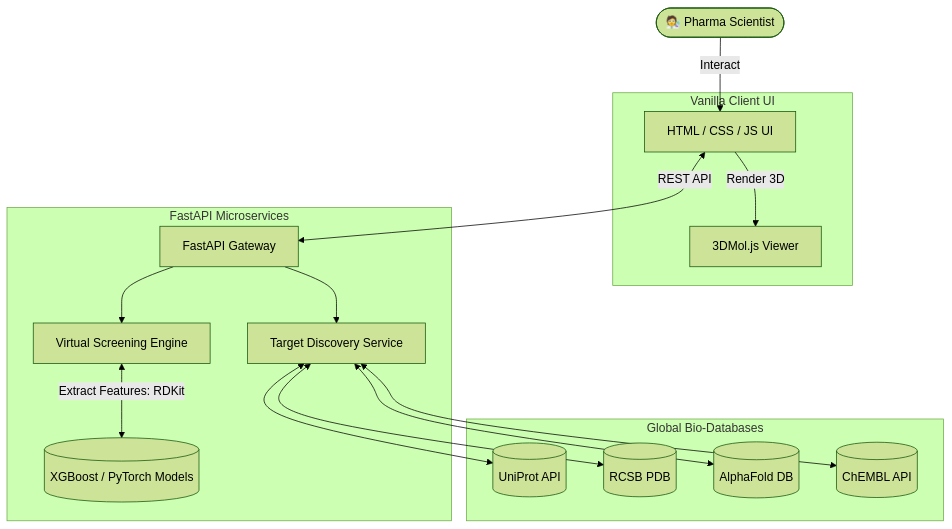
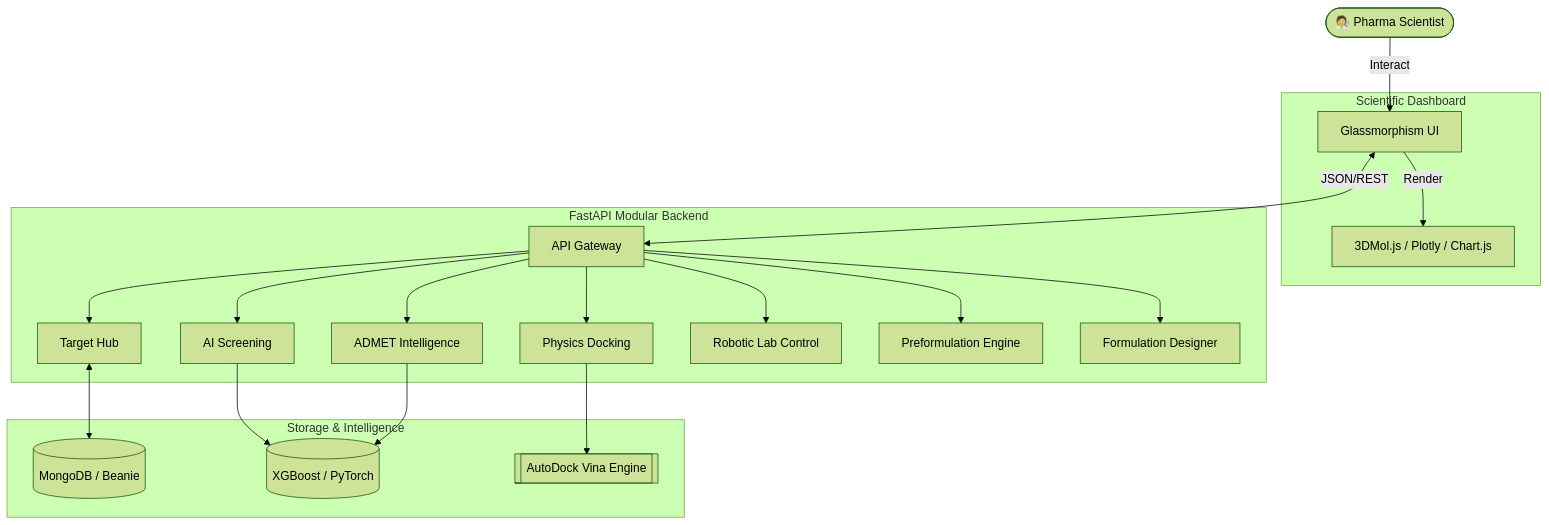
Before and after one commit to RaJM2004/BiologicsDiscoveryPlatfrom: the first of 2 diagrams in README.md, drawn with Mermaid (forest theme). The commit also changed other lines of this file and 22 other files, not shown here.

Commit message:
Integrated Preformulation and Formulation modules, updated pipeline navigation, and modernized README architecture/workflow.

````diff
--- a/README.md
+++ b/README.md
@@ -21,42 +25,48 @@
 ```mermaid
 graph TD
     %% Users
     Scientist([🧑‍🔬 Pharma Scientist])
     
     %% Frontend
-    subgraph Frontend [Vanilla Client UI]
-        UI[HTML / CSS / JS UI]
-        3DMol[3DMol.js Viewer]
+    subgraph Frontend [Scientific Dashboard]
+        UI[Glassmorphism UI]
+        Visualization[3DMol.js / Plotly / Chart.js]
     end
 
-    %% API Gateway
-    subgraph Backend [FastAPI Microservices]
-        API[FastAPI Gateway]
-        TargetService[Target Discovery Service]
-        ScreeningService[Virtual Screening Engine]
-        AI_Models[(XGBoost / PyTorch Models)]
+    %% Backend Services
+    subgraph Services [FastAPI Modular Backend]
+        API[API Gateway]
+        TargetSvc[Target Hub]
+        ScreeningSvc[AI Screening]
+        DockingSvc[Physics Docking]
+        ADMETSvc[ADMET Intelligence]
+        RobotSvc[Robotic Lab Control]
+        PreformSvc[Preformulation Engine]
+        FormSvc[Formulation Designer]
     end
 
-    %% External Data Sources
-    subgraph External [Global Bio-Databases]
-        UniProt[(UniProt API)]
-        PDB[(RCSB PDB)]
-        AlphaFold[(AlphaFold DB)]
-        ChEMBL[(ChEMBL API)]
+    %% Storage & Models
+    subgraph Data [Storage & Intelligence]
+        DB[(MongoDB / Beanie)]
+        AI_Models[(XGBoost / PyTorch)]
+        Vina[[AutoDock Vina Engine]]
     end
 
     %% Connections
     Scientist -->|Interact| UI
-    UI <-->|REST API| API
-    UI -->|Render 3D| 3DMol
+    UI <-->|JSON/REST| API
+    UI -->|Render| Visualization
     
-    API --> TargetService
-    API --> ScreeningService
+    API --> TargetSvc
+    API --> ScreeningSvc
+    API --> DockingSvc
+    API --> ADMETSvc
+    API --> RobotSvc
+    API --> PreformSvc
+    API --> FormSvc
     
-    TargetService <--> UniProt
-    TargetService <--> PDB
-    TargetService <--> AlphaFold
-    TargetService <--> ChEMBL
-    
-    ScreeningService <--> |Extract Features: RDKit| AI_Models
+    ScreeningSvc --> AI_Models
+    DockingSvc --> Vina
+    TargetSvc <--> DB
+    ADMETSvc --> AI_Models
 ```
````
